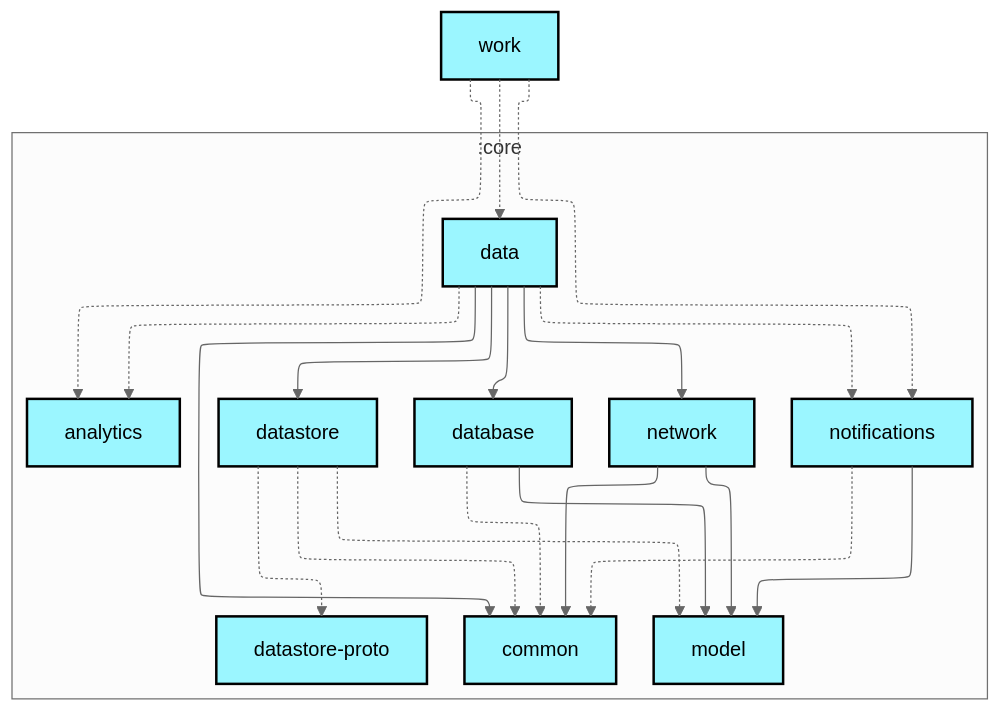
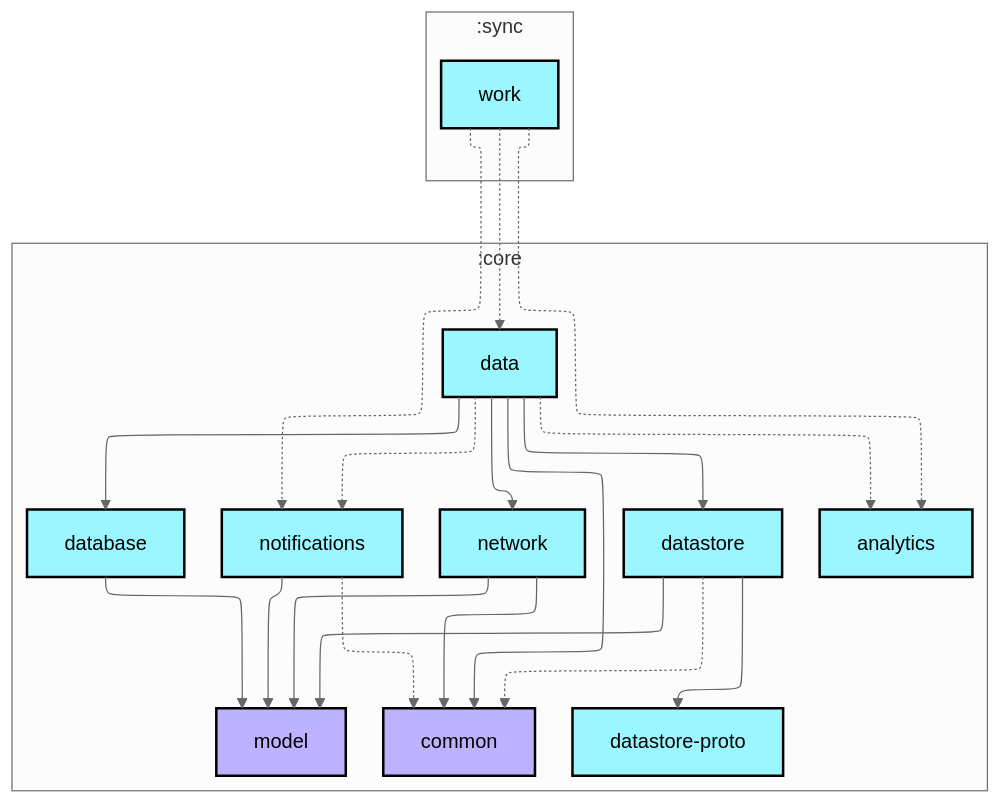
The first of 2 diagrams in sync/work/README.md (lihenggui/nowinkmp), drawn with Mermaid (neutral theme) before and after one commit. The commit also changed other lines of this file and 26 other files, not shown here.

First line of the commit message:
Revert "Updates module graphs"

````diff
--- a/sync/work/README.md
+++ b/sync/work/README.md
@@ -6,48 +6,50 @@
 ```mermaid
 ---
 config:
   layout: elk
   elk:
     nodePlacementStrategy: SIMPLE
 ---
 graph TB
   subgraph :core
     direction TB
-    :core:analytics[analytics]:::kmp-library
-    :core:common[common]:::kmp-library
-    :core:data[data]:::kmp-library
-    :core:database[database]:::kmp-library
-    :core:datastore[datastore]:::kmp-library
-    :core:datastore-proto[datastore-proto]:::kmp-library
-    :core:model[model]:::kmp-library
-    :core:network[network]:::kmp-library
-    :core:notifications[notifications]:::kmp-library
+    :core:analytics[analytics]:::android-library
+    :core:common[common]:::jvm-library
+    :core:data[data]:::android-library
+    :core:database[database]:::android-library
+    :core:datastore[datastore]:::android-library
+    :core:datastore-proto[datastore-proto]:::android-library
+    :core:model[model]:::jvm-library
+    :core:network[network]:::android-library
+    :core:notifications[notifications]:::android-library
   end
-  :sync:work[work]:::kmp-library
+  subgraph :sync
+    direction TB
+    :sync:work[work]:::android-library
+  end
 
   :core:data -.-> :core:analytics
   :core:data --> :core:common
   :core:data --> :core:database
   :core:data --> :core:datastore
   :core:data --> :core:network
   :core:data -.-> :core:notifications
-  :core:database -.-> :core:common
   :core:database --> :core:model
   :core:datastore -.-> :core:common
-  :core:datastore -.-> :core:datastore-proto
-  :core:datastore -.-> :core:model
+  :core:datastore --> :core:datastore-proto
+  :core:datastore --> :core:model
   :core:network --> :core:common
   :core:network --> :core:model
   :core:notifications -.-> :core:common
   :core:notifications --> :core:model
   :sync:work -.-> :core:analytics
   :sync:work -.-> :core:data
   :sync:work -.-> :core:notifications
 
-classDef cmp-application fill:#CAFFBF,stroke:#000,stroke-width:2px,color:#000;
-classDef cmp-feature fill:#FFD6A5,stroke:#000,stroke-width:2px,color:#000;
-classDef kmp-library fill:#9BF6FF,stroke:#000,stroke-width:2px,color:#000;
+classDef android-application fill:#CAFFBF,stroke:#000,stroke-width:2px,color:#000;
+classDef android-feature fill:#FFD6A5,stroke:#000,stroke-width:2px,color:#000;
+classDef android-library fill:#9BF6FF,stroke:#000,stroke-width:2px,color:#000;
+classDef android-test fill:#A0C4FF,stroke:#000,stroke-width:2px,color:#000;
 classDef jvm-library fill:#BDB2FF,stroke:#000,stroke-width:2px,color:#000;
-classDef android-test fill:#A0C4FF,stroke:#000,stroke-width:2px,color:#000;
 classDef unknown fill:#FFADAD,stroke:#000,stroke-width:2px,color:#000;
 ```
````
